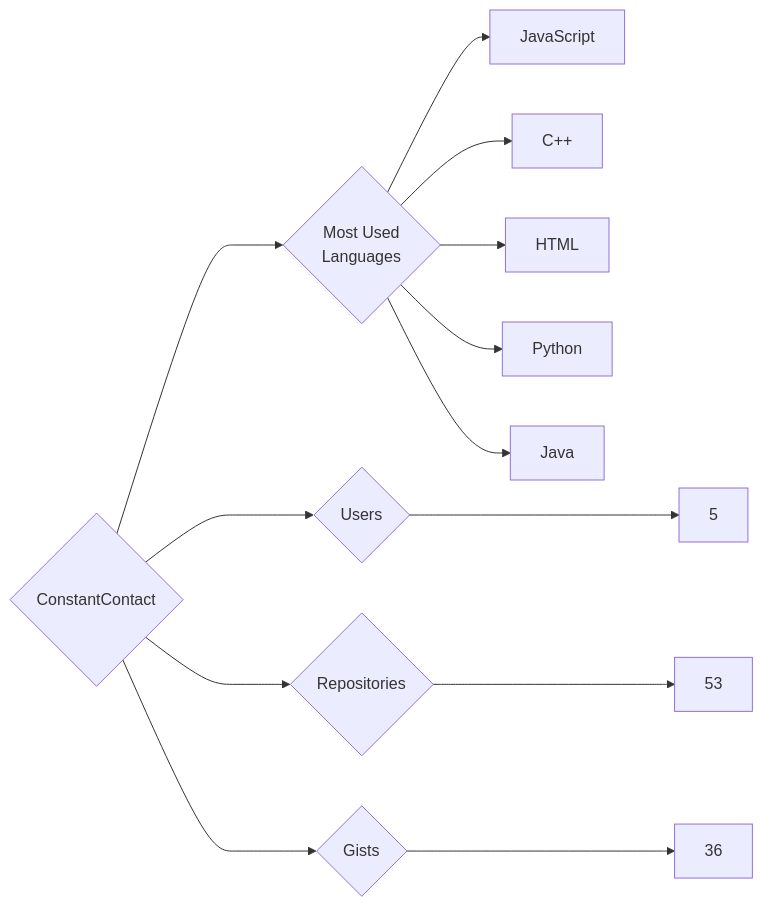
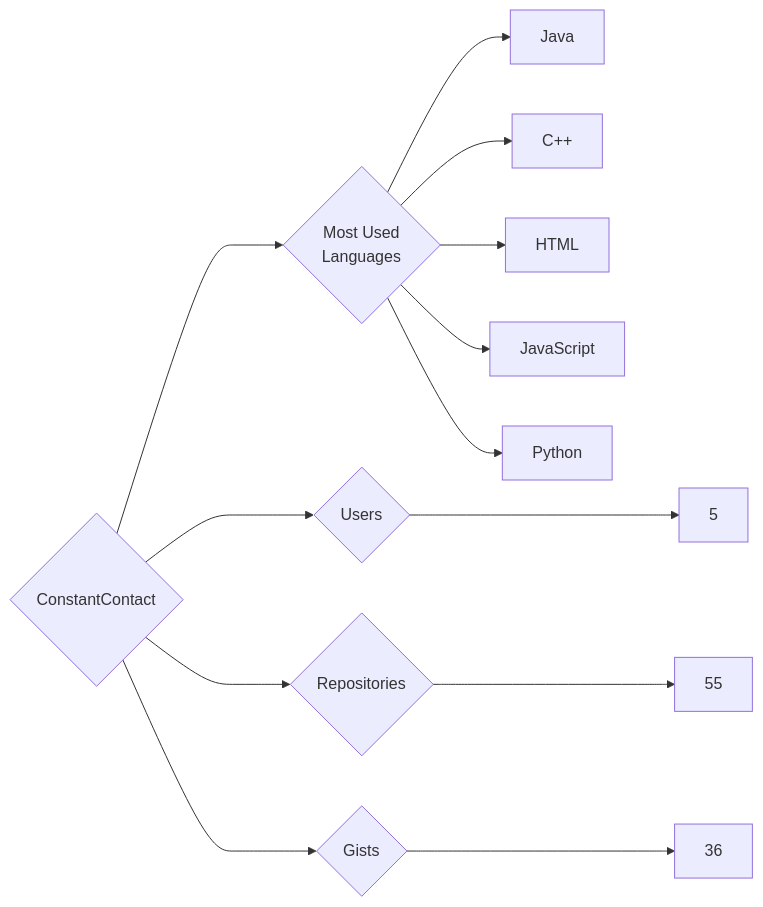
The diagram in targets/ConstantContact/README.md (trickest/insiders), drawn with Mermaid before and after one commit. The commit also changed 559 other files, not shown here.

````diff
--- a/targets/ConstantContact/README.md
+++ b/targets/ConstantContact/README.md
@@ -3,13 +3,13 @@
 ```mermaid
 graph LR
 COMPANY_NAME{ConstantContact}
 COMPANY_NAME ---> U{Users} ---> UN[5]
-COMPANY_NAME ---> R{Repositories} ---> RN[53]
+COMPANY_NAME ---> R{Repositories} ---> RN[55]
 COMPANY_NAME ---> G{Gists} ---> GN[36]
 COMPANY_NAME ---> ML{Most Used<br>Languages}
-ML --> JavaScript[JavaScript]
+ML --> Java[Java]
 ML --> C++[C++]
 ML --> HTML[HTML]
+ML --> JavaScript[JavaScript]
 ML --> Python[Python]
-ML --> Java[Java]
 ```
````
